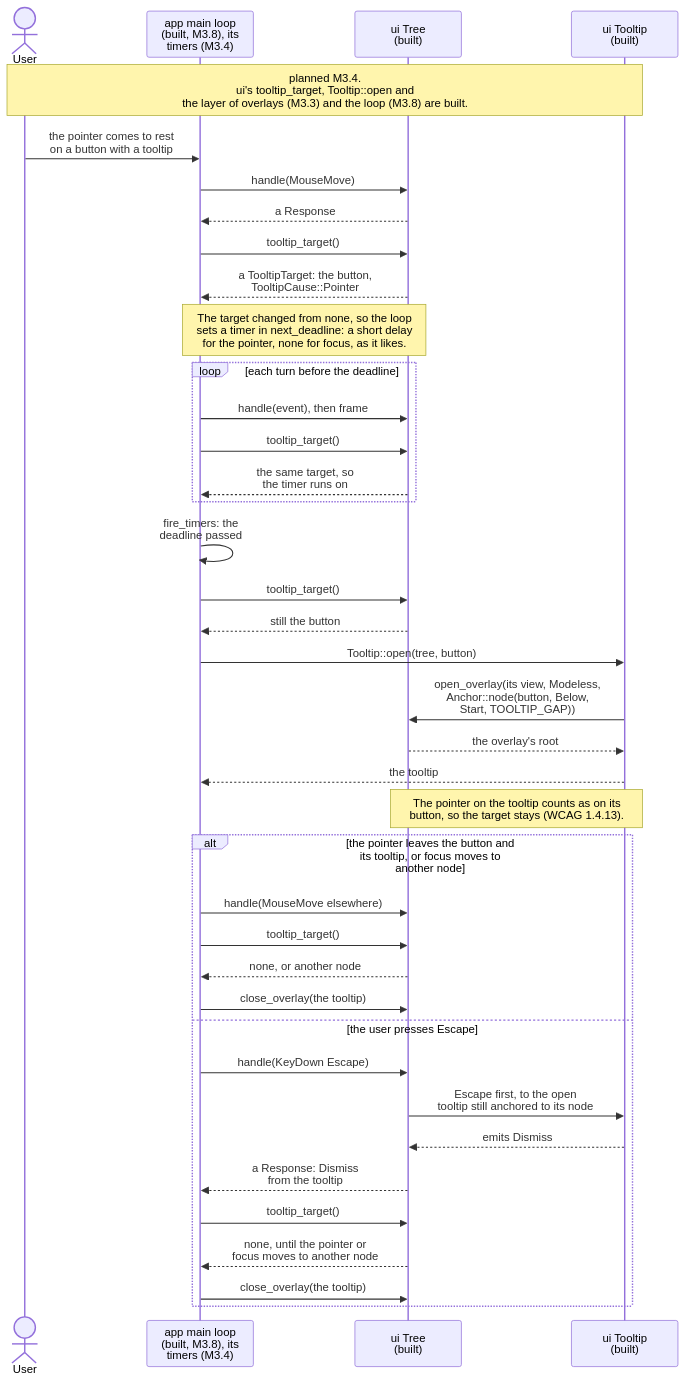
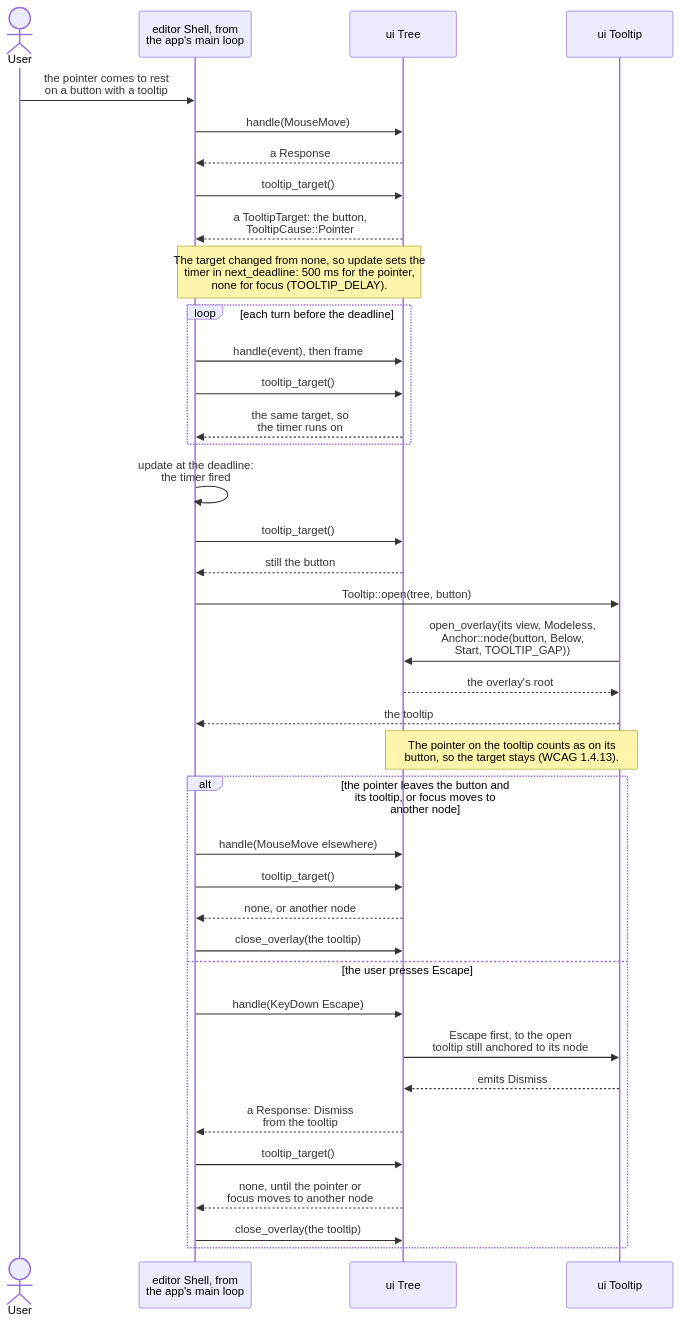
One commit to jabbott-iii/Tidepool changed diagram 24 of 24 in diagrams/sequence-diagrams.md. Above: the diagram before and after it, drawn with Mermaid. The commit also changed other lines of this file and 38 other files, not shown here.

First line of the commit message:
feat(editor,app): the shell (M3.4, ADR-0060)

````diff
--- a/diagrams/sequence-diagrams.md
+++ b/diagrams/sequence-diagrams.md
@@ -1010,42 +1019,41 @@
 ```mermaid
 sequenceDiagram
     actor User
-    participant ML as app main loop<br/>(built, M3.8), its<br/>timers (M3.4)
-    participant Ui as ui Tree<br/>(built)
-    participant Tip as ui Tooltip<br/>(built)
+    participant ML as editor Shell, from<br/>the app's main loop
+    participant Ui as ui Tree
+    participant Tip as ui Tooltip
 
-    Note over User,Tip: planned M3.4.<br/>ui's tooltip_target, Tooltip::open and<br/>the layer of overlays (M3.3) and the loop (M3.8) are built.
     User->>ML: the pointer comes to rest<br/>on a button with a tooltip
     ML->>Ui: handle(MouseMove)
     Ui-->>ML: a Response
     ML->>Ui: tooltip_target()
     Ui-->>ML: a TooltipTarget: the button,<br/>TooltipCause::Pointer
-    Note over ML,Ui: The target changed from none, so the loop<br/>sets a timer in next_deadline: a short delay<br/>for the pointer, none for focus, as it likes.
+    Note over ML,Ui: The target changed from none, so update sets the<br/>timer in next_deadline: 500 ms for the pointer,<br/>none for focus (TOOLTIP_DELAY).
     loop each turn before the deadline
         ML->>Ui: handle(event), then frame
         ML->>Ui: tooltip_target()
         Ui-->>ML: the same target, so<br/>the timer runs on
     end
-    ML->>ML: fire_timers: the<br/>deadline passed
+    ML->>ML: update at the deadline:<br/>the timer fired
     ML->>Ui: tooltip_target()
     Ui-->>ML: still the button
     ML->>Tip: Tooltip::open(tree, button)
     Tip->>Ui: open_overlay(its view, Modeless,<br/>Anchor::node(button, Below,<br/>Start, TOOLTIP_GAP))
     Ui-->>Tip: the overlay's root
     Tip-->>ML: the tooltip
     Note over Ui,Tip: The pointer on the tooltip counts as on its<br/>button, so the target stays (WCAG 1.4.13).
     alt the pointer leaves the button and its tooltip, or focus moves to another node
         ML->>Ui: handle(MouseMove elsewhere)
         ML->>Ui: tooltip_target()
         Ui-->>ML: none, or another node
         ML->>Ui: close_overlay(the tooltip)
     else the user presses Escape
         ML->>Ui: handle(KeyDown Escape)
         Ui->>Tip: Escape first, to the open<br/>tooltip still anchored to its node
         Tip-->>Ui: emits Dismiss
         Ui-->>ML: a Response: Dismiss<br/>from the tooltip
         ML->>Ui: tooltip_target()
         Ui-->>ML: none, until the pointer or<br/>focus moves to another node
         ML->>Ui: close_overlay(the tooltip)
     end
 ```
````
